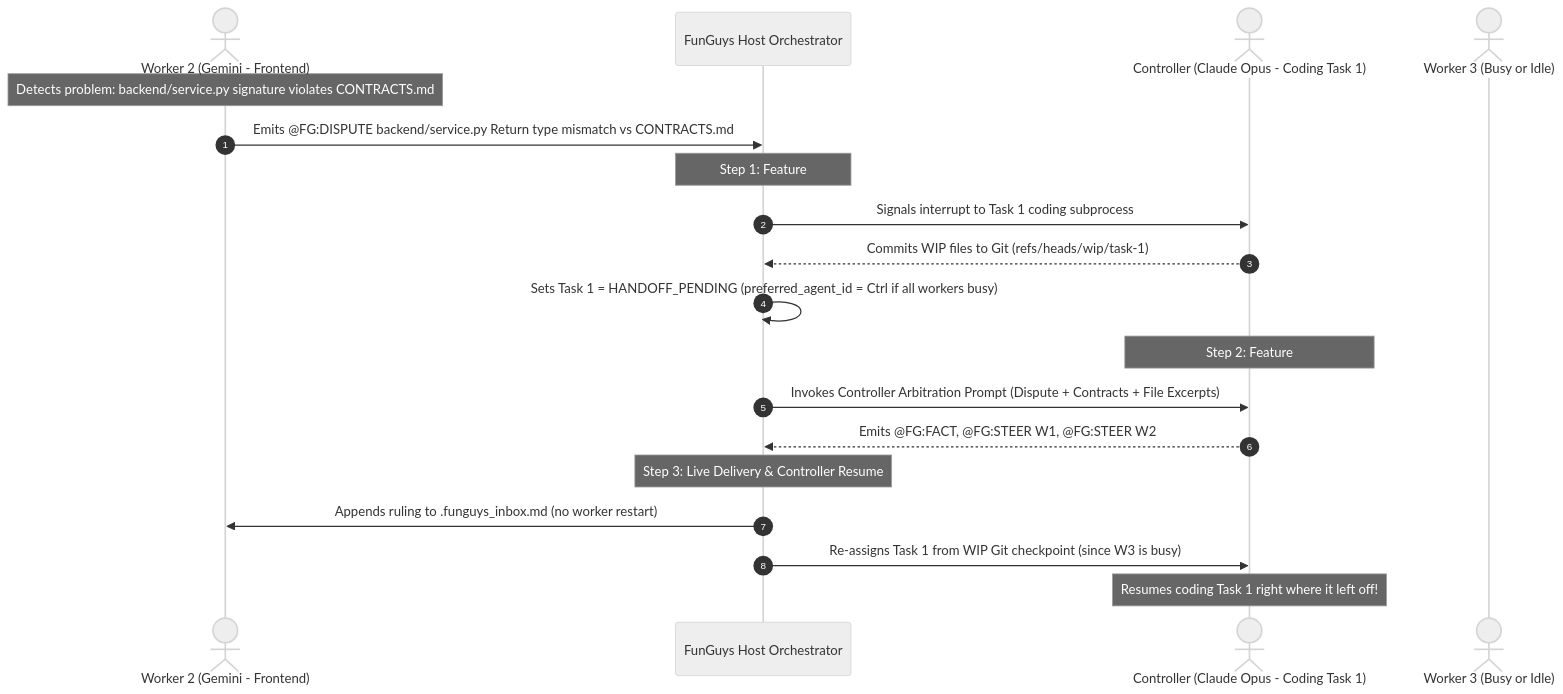
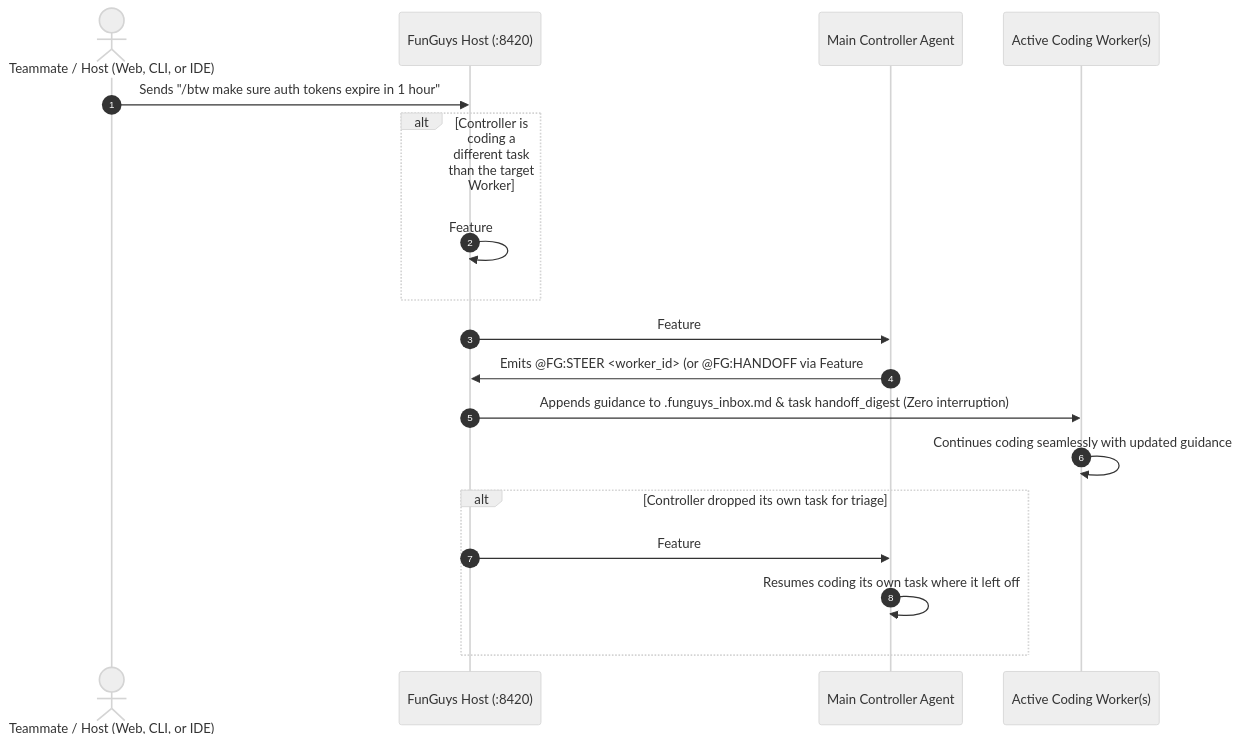
Before and after one commit to raidriarx/funguys: the diagram in PLAN_HUMAN.md, drawn with Mermaid (neutral theme). The commit also changed other lines of this file and 8 other files, not shown here.

Commit message:
feat: implement network-wide /btw swarm terminal, controller triage, and task self-reclaim

````diff
--- a/PLAN_HUMAN.md
+++ b/PLAN_HUMAN.md
@@ -27,25 +30,21 @@
 ```mermaid
 sequenceDiagram
     autonumber
-    actor W2 as Worker 2 (Gemini - Frontend)
-    participant Host as FunGuys Host Orchestrator
-    actor Ctrl as Controller (Claude Opus - Coding Task 1)
-    actor W3 as Worker 3 (Busy or Idle)
+    actor User as Teammate / Host (Web, CLI, or IDE)
+    participant Host as FunGuys Host (:8420)
+    participant Ctrl as Main Controller Agent
+    participant Worker as Active Coding Worker(s)
 
-    Note over W2: Detects problem: backend/service.py signature violates CONTRACTS.md
-    W2->>Host: Emits @FG:DISPUTE backend/service.py Return type mismatch vs CONTRACTS.md
-
-    Note over Host: Step 1: Feature #9 Clean Task Drop on Controller
-    Host->>Ctrl: Signals interrupt to Task 1 coding subprocess
-    Ctrl-->>Host: Commits WIP files to Git (refs/heads/wip/task-1)
-    Host->>Host: Sets Task 1 = HANDOFF_PENDING (preferred_agent_id = Ctrl if all workers busy)
-
-    Note over Ctrl: Step 2: Feature #2 Controller Arbitration Turn
-    Host->>Ctrl: Invokes Controller Arbitration Prompt (Dispute + Contracts + File Excerpts)
-    Ctrl-->>Host: Emits @FG:FACT, @FG:STEER W1, @FG:STEER W2
-
-    Note over Host: Step 3: Live Delivery & Controller Resume
-    Host->>W2: Appends ruling to .funguys_inbox.md (no worker restart)
-    Host->>Ctrl: Re-assigns Task 1 from WIP Git checkpoint (since W3 is busy)
-    Note over Ctrl: Resumes coding Task 1 right where it left off!
+    User->>Host: Sends "/btw make sure auth tokens expire in 1 hour"
+    alt Controller is coding a different task than the target Worker
+        Host->>Host: Feature #9: Checkpoint Controller's WIP to Git & set preferred_agent_id = Ctrl
+    end
+    Host->>Ctrl: Feature #2: Triage /btw with full roster of active workers & tasks
+    Ctrl->>Host: Emits @FG:STEER <worker_id> (or @FG:HANDOFF via Feature #4)
+    Host->>Worker: Appends guidance to .funguys_inbox.md & task handoff_digest (Zero interruption)
+    Worker->>Worker: Continues coding seamlessly with updated guidance
+    alt Controller dropped its own task for triage
+        Host->>Ctrl: Feature #9: Re-assigns Controller's prior task from Git WIP checkpoint
+        Ctrl->>Ctrl: Resumes coding its own task where it left off
+    end
 ```
````
